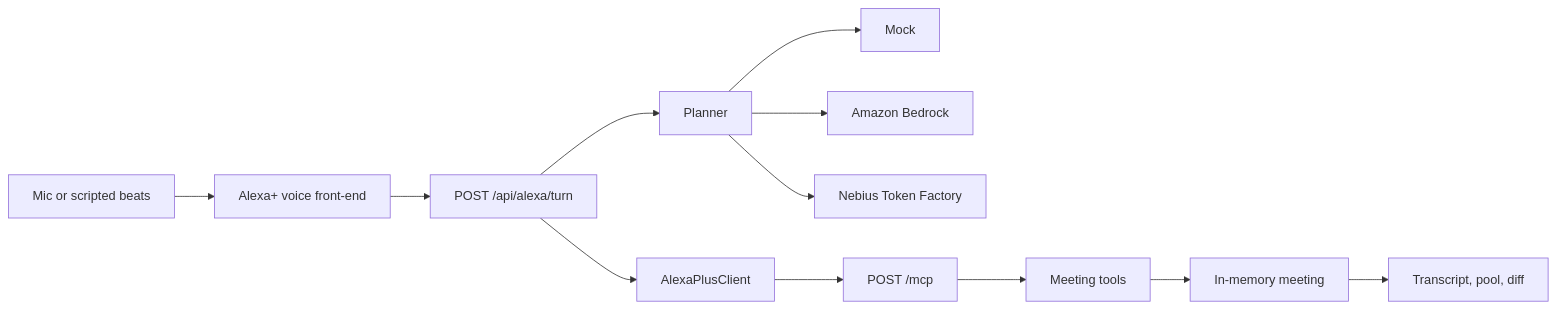
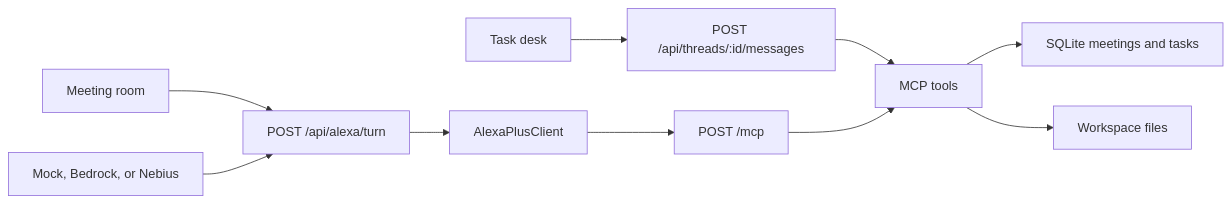
One commit to liziye627-design/talk2build changed the diagram in README.md. Above: the diagram before and after it, drawn with Mermaid. The commit also changed other lines of this file and 46 other files, not shown here.

First line of the commit message:
Turn Talk2Build into a persistent task desk with a meeting room.

````diff
--- a/README.md
+++ b/README.md
@@ -36,14 +30,12 @@
 ```mermaid
 flowchart LR
-  mic["Mic or scripted beats"] --> alexa["Alexa+ voice front-end"]
-  alexa --> turn["POST /api/alexa/turn"]
-  turn --> planner["Planner"]
-  planner --> mock["Mock"]
-  planner --> bedrock["Amazon Bedrock"]
-  planner --> nebius["Nebius Token Factory"]
-  turn --> client["AlexaPlusClient"]
-  client --> mcp["POST /mcp"]
-  mcp --> tools["Meeting tools"]
-  tools --> room["In-memory meeting"]
-  room --> ui["Transcript, pool, diff"]
+  desk["Task desk"] --> chat["POST /api/threads/:id/messages"]
+  room["Meeting room"] --> turn["POST /api/alexa/turn"]
+  chat --> tools["MCP tools"]
+  turn --> alexa["AlexaPlusClient"]
+  alexa --> mcp["POST /mcp"]
+  mcp --> tools
+  tools --> db["SQLite meetings and tasks"]
+  tools --> files["Workspace files"]
+  planner["Mock, Bedrock, or Nebius"] --> turn
 ```
````
